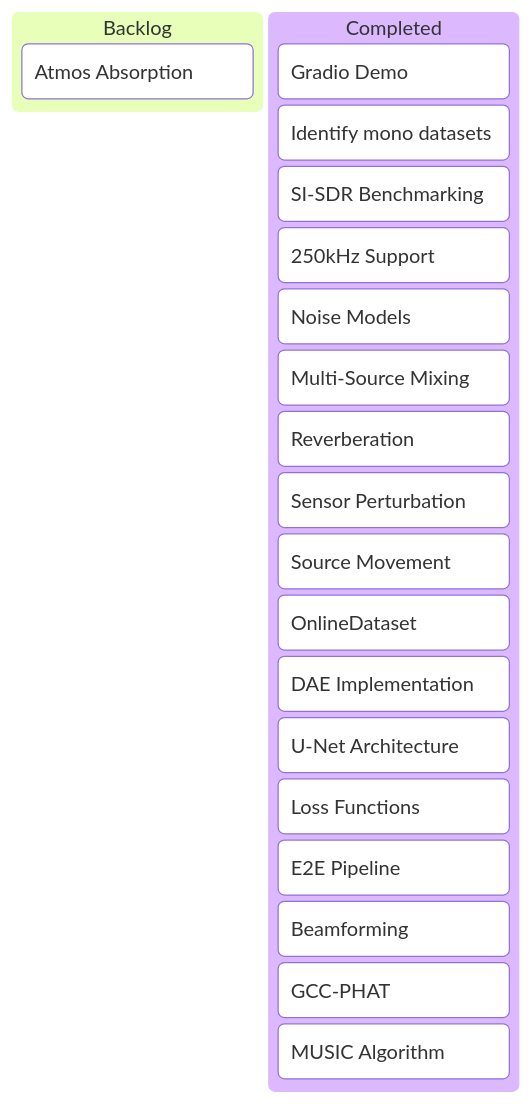
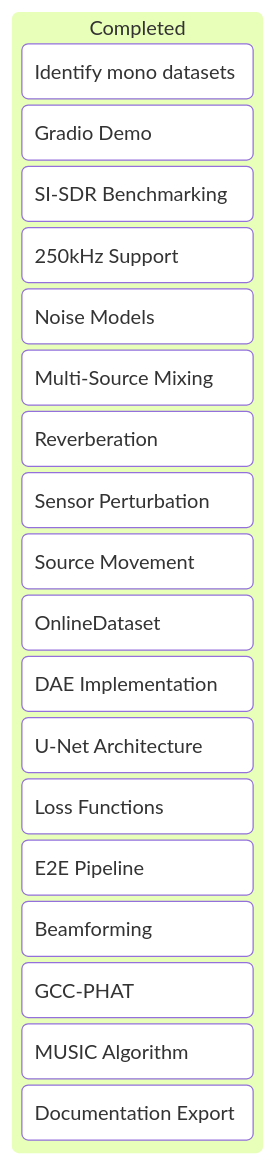
The diagram in docs/BioCPPNet/KANBAN.md (paulmziegler/BioCPPNet), drawn with Mermaid before and after one commit. The commit also changed other lines of this file and 1 other file, not shown here.

First line of the commit message:
Finalize documentation and KANBAN board

````diff
--- a/docs/BioCPPNet/KANBAN.md
+++ b/docs/BioCPPNet/KANBAN.md
@@ -9,23 +9,22 @@
 ```mermaid
 kanban
-  Backlog
-    [Atmos Absorption]
   Completed
+    [Identify mono datasets]
     [Gradio Demo]
-    [Identify mono datasets]
     [SI-SDR Benchmarking]
     [250kHz Support]
     [Noise Models]
     [Multi-Source Mixing]
     [Reverberation]
     [Sensor Perturbation]
     [Source Movement]
     [OnlineDataset]
     [DAE Implementation]
     [U-Net Architecture]
     [Loss Functions]
     [E2E Pipeline]
     [Beamforming]
     [GCC-PHAT]
     [MUSIC Algorithm]
+    [Documentation Export]
 ```
````
